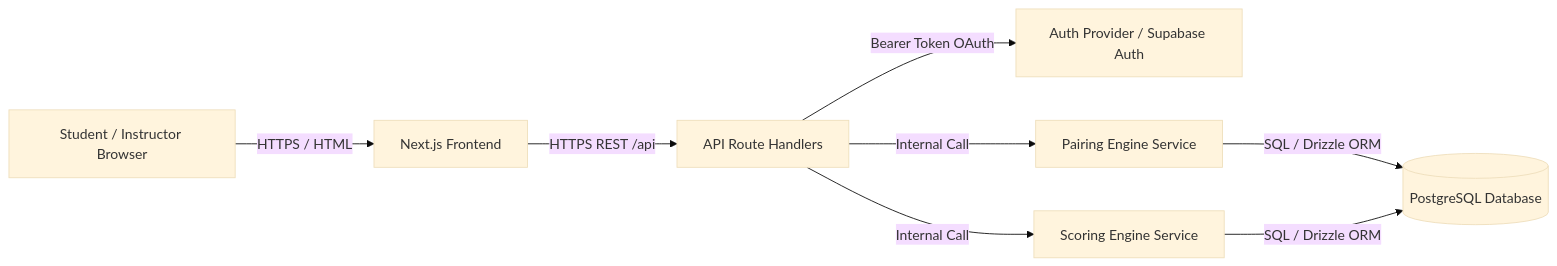
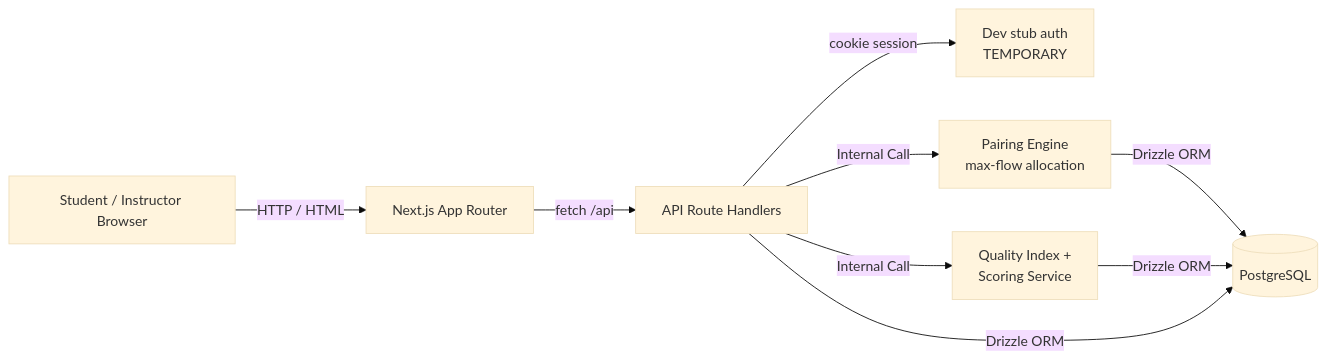
Before and after one commit to Bunyakorn-K/sdpx-ultrasmooth: the diagram in docs/architecture.md, drawn with Mermaid (base theme). The commit also changed other lines of this file and 67 other files, not shown here.

````diff
--- a/docs/architecture.md
+++ b/docs/architecture.md
@@ -3,10 +3,11 @@
 ```mermaid
 flowchart LR
-    U[Student / Instructor Browser] -->|HTTPS / HTML| FE[Next.js Frontend]
-    FE -->|HTTPS REST /api| API[API Route Handlers]
-    API -->|Bearer Token OAuth| AUTH[Auth Provider / Supabase Auth]
-    API -->|Internal Call| PAIR[Pairing Engine Service]
-    API -->|Internal Call| SCORE[Scoring Engine Service]
-    PAIR -->|SQL / Drizzle ORM| DB[(PostgreSQL Database)]
-    SCORE -->|SQL / Drizzle ORM| DB
+    U[Student / Instructor Browser] -->|HTTP / HTML| FE[Next.js App Router]
+    FE -->|fetch /api| API[API Route Handlers]
+    API -->|cookie session| AUTH[Dev stub auth<br/>TEMPORARY]
+    API -->|Internal Call| PAIR[Pairing Engine<br/>max-flow allocation]
+    API -->|Internal Call| SCORE[Quality Index +<br/>Scoring Service]
+    PAIR -->|Drizzle ORM| DB[(PostgreSQL)]
+    SCORE -->|Drizzle ORM| DB
+    API -->|Drizzle ORM| DB
 ```
````
